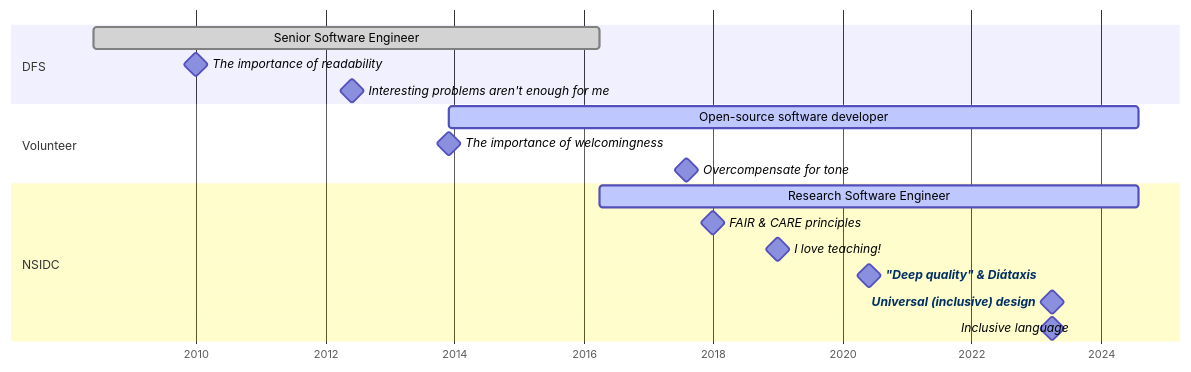
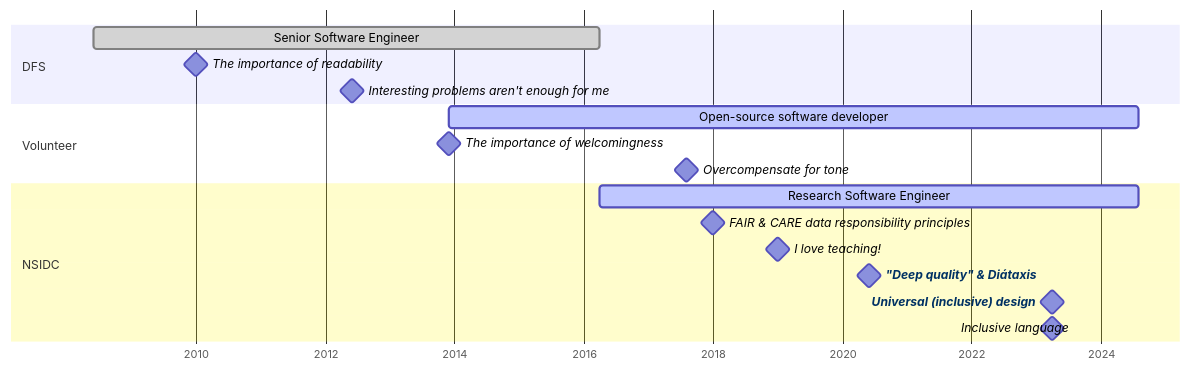
The second of 2 diagrams in index.qmd (mfisher87/presentation-self), drawn with Mermaid before and after one commit. The commit also changed other lines of this file, not shown here.

Commit message:
Clarify "FAIR & CARE"

````diff
--- a/index.qmd
+++ b/index.qmd
@@ -167,30 +167,30 @@
 ```{mermaid}
 %% NOTE: Prefix `pfx-` is used to workaround a bug:
 %%       https://github.com/quarto-dev/quarto-cli/issues/10455
 gantt
   dateFormat YYYY-MM
   axisFormat %Y
 
   Section DFS
-    Senior Software Engineer                  :done, pfx-dfs, 2008-06, 2016-04
-    The importance of readability             :milestone, pfx-readability, 2010-01, 1d
-    Interesting problems aren't enough for me :milestone, pfx-impact, 2012-06, 1d
+    Senior Software Engineer                     :done, pfx-dfs, 2008-06, 2016-04
+    The importance of readability                :milestone, pfx-readability, 2010-01, 1d
+    Interesting problems aren't enough for me    :milestone, pfx-impact, 2012-06, 1d
 
   Section Volunteer
-    Open-source software developer            :active, pfx-oss, 2013-12, 2024-08
-    The importance of welcomingness           :milestone, pfx-welcoming, 2013-12, 1d
-    Overcompensate for tone                   :milestone, pfx-tone, 2017-08, 1d
+    Open-source software developer               :active, pfx-oss, 2013-12, 2024-08
+    The importance of welcomingness              :milestone, pfx-welcoming, 2013-12, 1d
+    Overcompensate for tone                      :milestone, pfx-tone, 2017-08, 1d
 
 
   Section NSIDC
-    Research Software Engineer                :active, pfx-nsidc, after pfx-dfs, 2024-08
-    FAIR & CARE principles                    :milestone, pfx-faircare, 2018-01, 1d
-    I love teaching!                          :milestone, pfx-teaching, 2019-01, 1d
-    "Deep quality" & Diátaxis                 :milestone, pfx-diataxis, 2020-06, 1d
-    Universal (inclusive) design              :milestone, pfx-inclusive-design, 2023-04, 1d
-    Inclusive language                        :milestone, pfx-inclusive-lang, 2023-04, 1d
+    Research Software Engineer                   :active, pfx-nsidc, after pfx-dfs, 2024-08
+    FAIR & CARE data responsibility principles   :milestone, pfx-faircare, 2018-01, 1d
+    I love teaching!                             :milestone, pfx-teaching, 2019-01, 1d
+    "Deep quality" & Diátaxis                    :milestone, pfx-diataxis, 2020-06, 1d
+    Universal (inclusive) design                 :milestone, pfx-inclusive-design, 2023-04, 1d
+    Inclusive language                           :milestone, pfx-inclusive-lang, 2023-04, 1d
 
 
   click pfx-diataxis href "https://www.diataxis.fr/"
   click pfx-inclusive-design href "https://alexjs.com/"
 ```
````
